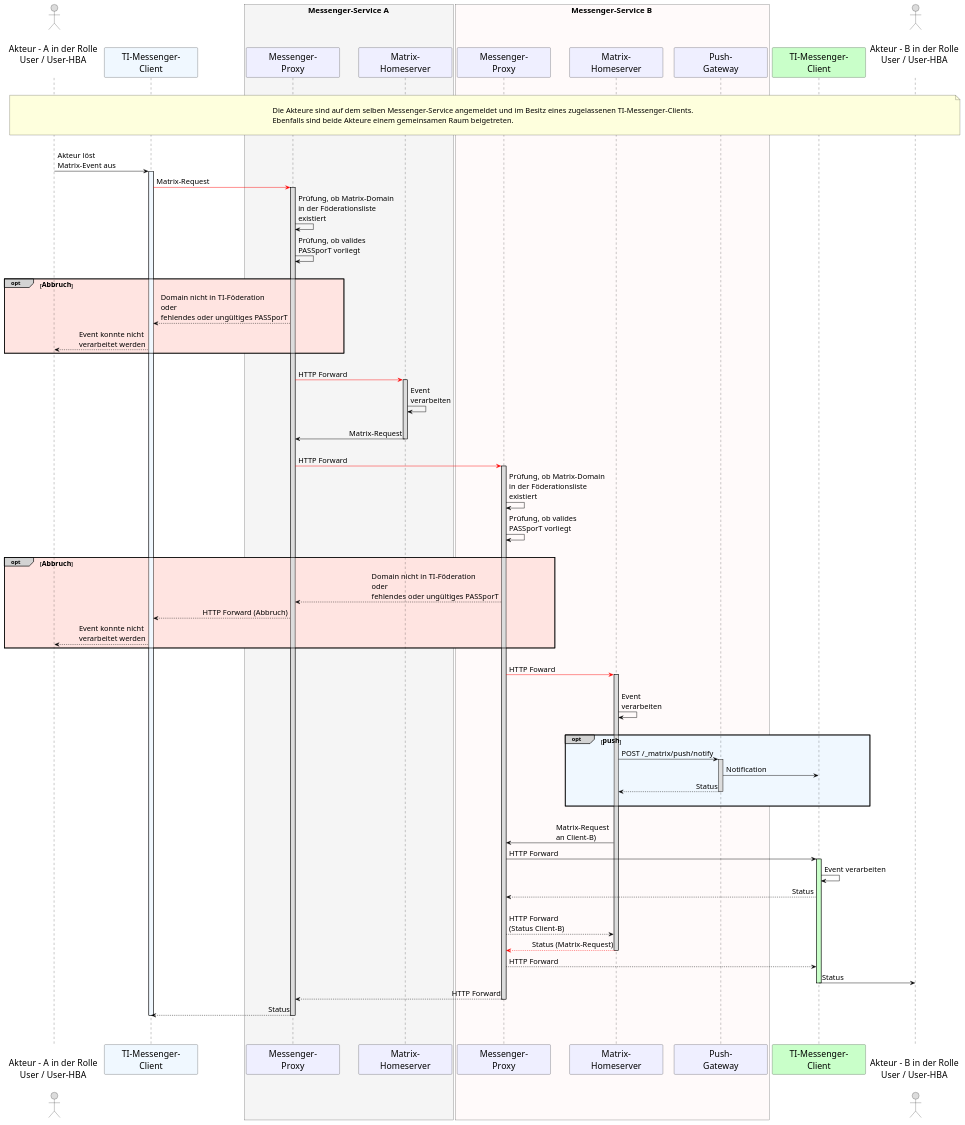
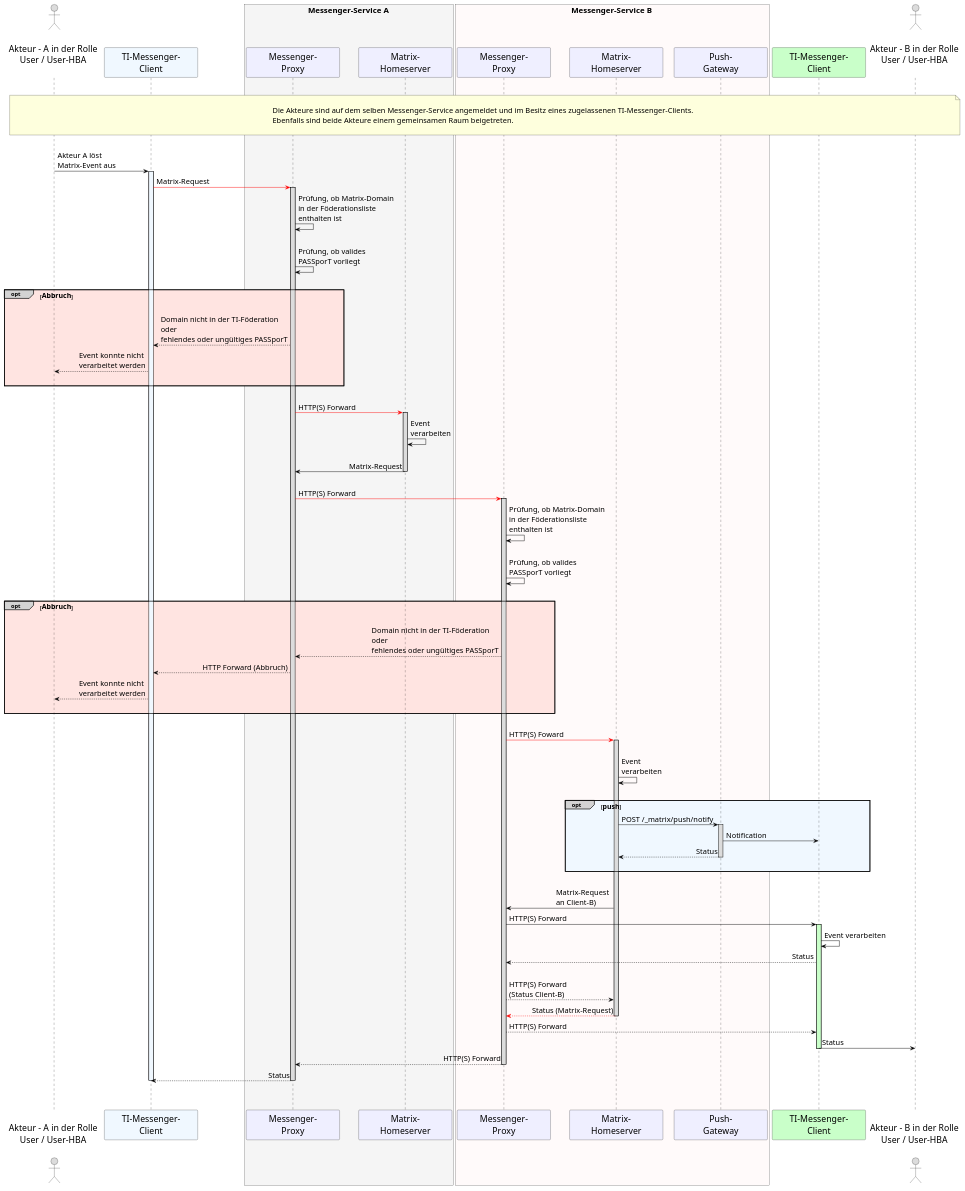
One commit to gematik/api-ti-messenger changed the diagram in src/plantuml/TI-Messenger-Dienst/Ressourcen/UC_10062_Seq.puml. Above: the diagram before and after it, drawn with PlantUML.

```diff
--- a/src/plantuml/TI-Messenger-Dienst/Ressourcen/UC_10062_Seq.puml
+++ b/src/plantuml/TI-Messenger-Dienst/Ressourcen/UC_10062_Seq.puml
@@ -9,116 +9,122 @@
 @startuml
 skinparam sequenceMessageAlign direction
 skinparam minClassWidth 200
 skinparam BoxPadding 1
 skinparam sequenceReferenceHeaderBackgroundColor palegreen
 scale max 2048 width
 
 skinparam sequence {
 ArrowColor black
 ArrowFontSize 17
 ActorBorderColor black
 LifeLineBorderColor black
 LifeLineBackgroundColor Gainsboro
 
 ParticipantBorderColor Motivation
 ParticipantBackgroundColor Motivation
 ParticipantFontName Impact
 ParticipantFontSize 20
 ParticipantFontColor black
 ParticipantBorderColor Black
 ParticipantBackgroundColor MOTIVATION
 
 ActorBackgroundColor Gainsboro
 ActorFontColor black
 ActorFontSize 20
 ActorFontName Aapex
 }
     actor U1 as "\nAkteur - A in der Rolle\nUser / User-HBA\n"
     participant C1 as "TI-Messenger-\nClient" #AliceBlue
     box <size:18>Messenger-Service A</size> #WhiteSmoke
       participant MP1 as "Messenger-\nProxy"
       participant MH1 as "Matrix-\nHomeserver"
     end box
     box <size:18>Messenger-Service B</size> #Snow
     participant MP2 as "Messenger-\nProxy"
     participant MH2 as "Matrix-\nHomeserver"
     participant PG2 as "Push-\nGateway"
     end box
     participant C2 as "TI-Messenger-\nClient" #TECHNOLOGY
     actor U2 as "\nAkteur - B in der Rolle\nUser / User-HBA\n"
     
 |||
 note over U1, U2: \n<size:17>Die Akteure sind auf dem selben Messenger-Service angemeldet und im Besitz eines zugelassenen TI-Messenger-Clients.</size>\n<size:17>Ebenfalls sind beide Akteure einem gemeinsamen Raum beigetreten.</size>\n
 |||
 
-  U1->C1: Akteur löst\nMatrix-Event aus
+  U1->C1: Akteur A löst\nMatrix-Event aus
     activate C1 #AliceBlue
   C1-[#red]>MP1: Matrix-Request
     activate MP1
-  MP1->MP1: Prüfung, ob Matrix-Domain \nin der Föderationsliste \nexistiert
+  MP1->MP1: Prüfung, ob Matrix-Domain \nin der Föderationsliste \nenthalten ist
+  |||
   MP1->MP1: Prüfung, ob valides \nPASSporT vorliegt
   |||
     
   opt#LightGrey #MistyRose <size:16>Abbruch</size>
-    MP1-->C1: Domain nicht in TI-Föderation \noder \nfehlendes oder ungültiges PASSporT
+    |||
+    MP1-->C1: Domain nicht in der TI-Föderation \noder \nfehlendes oder ungültiges PASSporT
     C1-->U1: Event konnte nicht \nverarbeitet werden
+    |||
   end
     
   |||
-  MP1-[#red]>MH1: HTTP Forward
+  MP1-[#red]>MH1: HTTP(S) Forward
     activate MH1
   MH1->MH1: Event \nverarbeiten
   |||
   MH1->MP1: Matrix-Request
     deactivate MH1
   |||
-  MP1-[#red]>MP2: HTTP Forward
+  MP1-[#red]>MP2: HTTP(S) Forward
     activate MP2
-  MP2->MP2: Prüfung, ob Matrix-Domain \nin der Föderationsliste \nexistiert
+  MP2->MP2: Prüfung, ob Matrix-Domain \nin der Föderationsliste \nenthalten ist
+  |||
   MP2->MP2: Prüfung, ob valides \nPASSporT vorliegt
   |||
       
   opt#LightGrey #MistyRose <size:16>Abbruch</size>
-    MP2-->MP1: Domain nicht in TI-Föderation \noder \nfehlendes oder ungültiges PASSporT
+    |||
+    MP2-->MP1: Domain nicht in der TI-Föderation \noder \nfehlendes oder ungültiges PASSporT
     MP1-->C1: HTTP Forward (Abbruch)
     C1-->U1: Event konnte nicht \nverarbeitet werden
+    |||
   end
     
   |||
-  MP2-[#red]>MH2: HTTP Foward
+  MP2-[#red]>MH2: HTTP(S) Foward
   |||
     activate MH2
   MH2->MH2: Event \nverarbeiten
   |||
  
   opt#LightGrey #AliceBlue <size:16>push</size>
     MH2->PG2: POST /_matrix/push/notify
       activate PG2
     PG2->C2: Notification
     PG2-->MH2: Status
       deactivate PG2
   |||
   end
   |||
 
   MH2->MP2: Matrix-Request \nan Client-B)
-  MP2->C2: HTTP Forward 
+  MP2->C2: HTTP(S) Forward 
     activate C2 #TECHNOLOGY
   C2->C2: Event verarbeiten
 
   C2-->MP2: Status
   |||
-  MP2-->MH2: HTTP Forward \n(Status Client-B)
+  MP2-->MH2: HTTP(S) Forward \n(Status Client-B)
   MH2--[#red]>MP2: Status (Matrix-Request)
     deactivate MH2
-  MP2-->C2: HTTP Forward
+  MP2-->C2: HTTP(S) Forward
   C2->U2: Status
     deactivate C2
-  MP2-->MP1: HTTP Forward
+  MP2-->MP1: HTTP(S) Forward
     deactivate MP2
   MP1-->C1: Status
     deactivate MP1
     deactivate C1
   |||
 |||
 @enduml
```
